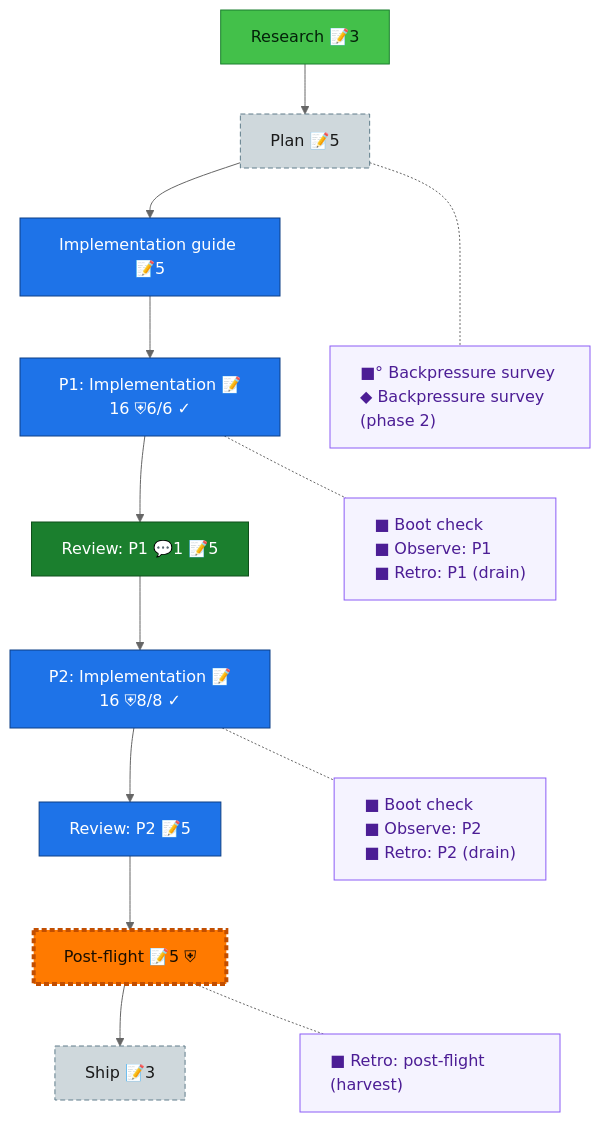
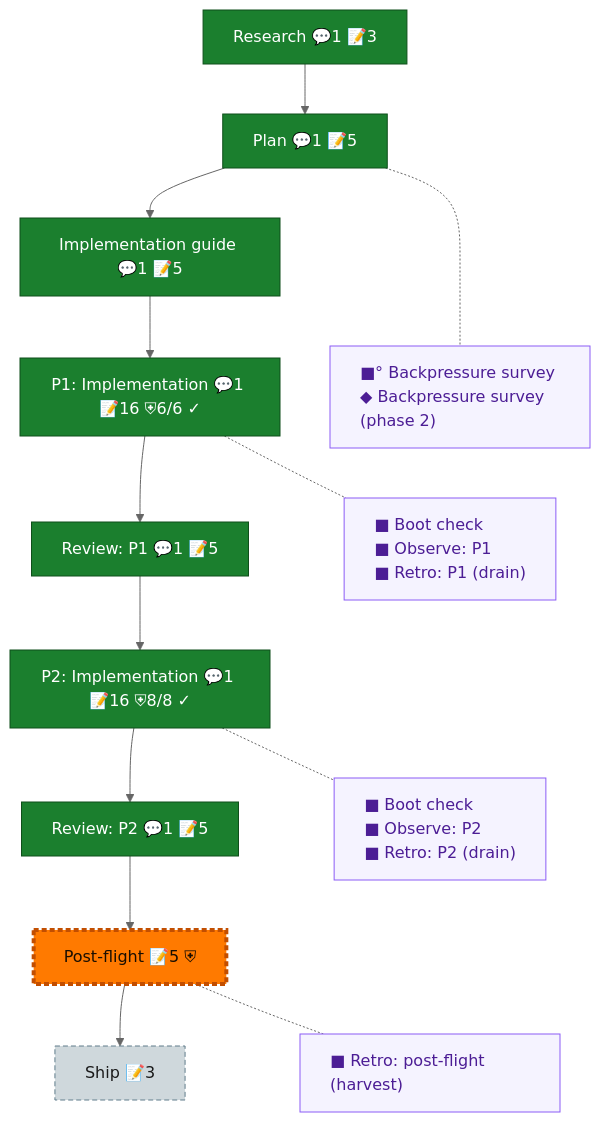
The diagram in docs/plans/028-prep-canonical-tables/the-flow.md (AI-Substrate/Unisphere), drawn with Mermaid (neutral theme) before and after one commit. The commit also changed other lines of this file and 1 other file, not shown here.

First line of the commit message:
docs(plan-028): mark completed spine stages done with receipts

````diff
--- a/docs/plans/028-prep-canonical-tables/the-flow.md
+++ b/docs/plans/028-prep-canonical-tables/the-flow.md
@@ -8,36 +8,34 @@
 ```mermaid
 flowchart TD
-    research["Research 📝3"]:::wip
-    plan["Plan 📝5"]:::assumed
-    impl_guide["Implementation guide 📝5"]:::known
-    phase_1["P1: Implementation 📝16 ⛨6/6 ✓"]:::known
+    research["Research 💬1 📝3"]:::done
+    plan["Plan 💬1 📝5"]:::done
+    impl_guide["Implementation guide 💬1 📝5"]:::done
+    phase_1["P1: Implementation 💬1 📝16 ⛨6/6 ✓"]:::done
     review_1["Review: P1 💬1 📝5"]:::done
-    phase_2["P2: Implementation 📝16 ⛨8/8 ✓"]:::known
-    review_2["Review: P2 📝5"]:::known
+    phase_2["P2: Implementation 💬1 📝16 ⛨8/8 ✓"]:::done
+    review_2["Review: P2 💬1 📝5"]:::done
     post_flight["Post-flight 📝5 ⛨"]:::assumed
     ship["Ship 📝3"]:::assumed
 
     research --> plan --> impl_guide --> phase_1 --> review_1 --> phase_2 --> review_2 --> post_flight --> ship
 
     planC["■° Backpressure survey<br/>◆ Backpressure survey (phase 2)"]:::chore
     phase_1C["■ Boot check<br/>■ Observe: P1<br/>■ Retro: P1 (drain)"]:::chore
     phase_2C["■ Boot check<br/>■ Observe: P2<br/>■ Retro: P2 (drain)"]:::chore
     post_flightC["■ Retro: post-flight (harvest)"]:::chore
 
     %% invisible chain holds the gutter boxes in their own column
     planC ~~~ phase_1C ~~~ phase_2C ~~~ post_flightC
 
     %% dotted links pull each gutter box beside its node
     plan -.- planC
     phase_1 -.- phase_1C
     phase_2 -.- phase_2C
     post_flight -.- post_flightC
 
     classDef done fill:#1B7F2E,stroke:#0F4F1B,color:#fff;
-    classDef wip fill:#43C04A,stroke:#1B7F2E,color:#04210A;
-    classDef known fill:#1E73E8,stroke:#0D3F86,color:#fff;
     classDef assumed fill:#CFD8DC,stroke:#607D8B,color:#1a1a1a,stroke-dasharray:5 3;
     classDef chore fill:#f5f3ff,stroke:#8b5cf6,color:#4c1d95,text-align:left;
     classDef current fill:#FF7A00,stroke:#C24E00,color:#1a0e00,stroke-width:4px;
     class post_flight current;
 ```
````
